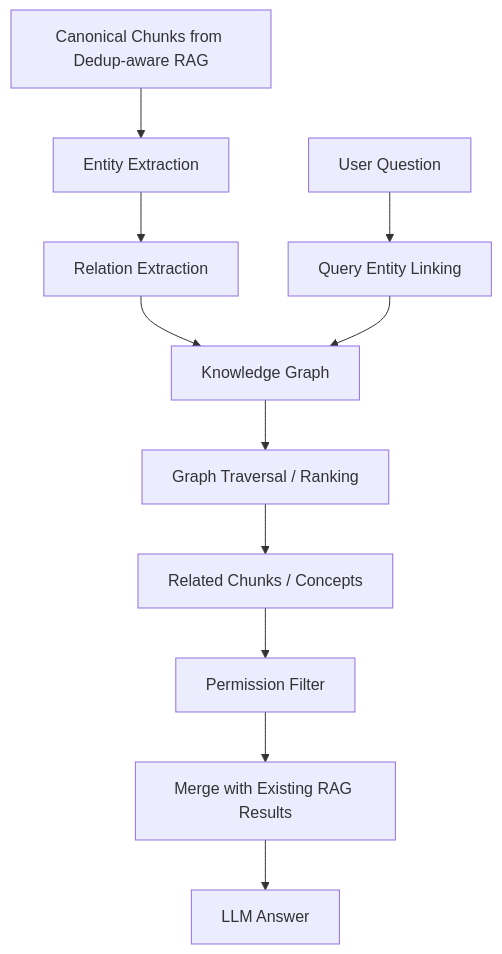
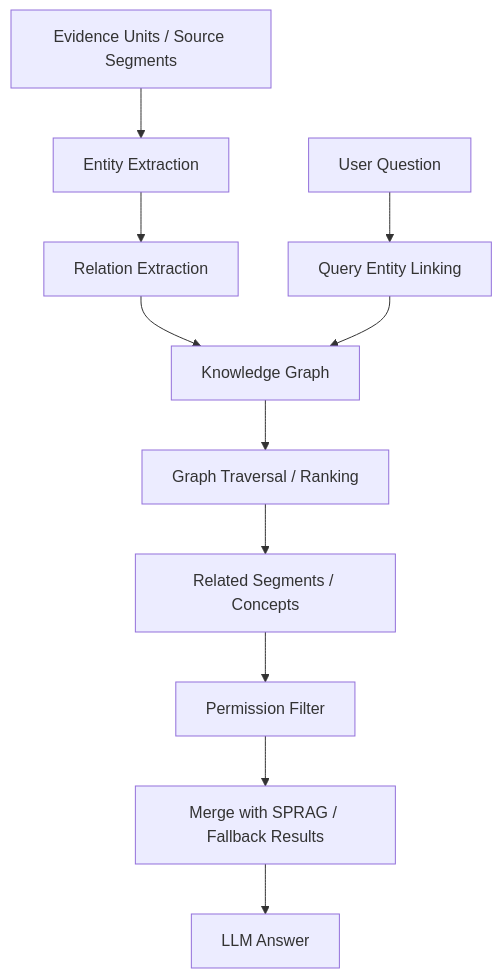
One commit to younlea/2026_architect_9B_team changed the third of 4 diagrams in doc/04_DP3_Knowledge_Access_Strategy.md. Above: the diagram before and after it, drawn with Mermaid. The commit also changed other lines of this file and 5 other files, not shown here.

````diff
--- a/doc/04_DP3_Knowledge_Access_Strategy.md
+++ b/doc/04_DP3_Knowledge_Access_Strategy.md
@@ -137,15 +148,15 @@
 ```mermaid
 flowchart TD
-    C[Canonical Chunks from Dedup-aware RAG] --> E[Entity Extraction]
+    C[Evidence Units / Source Segments] --> E[Entity Extraction]
     E --> R[Relation Extraction]
     R --> G[Knowledge Graph]
 
     Q[User Question] --> QE[Query Entity Linking]
     QE --> G
 
     G --> T[Graph Traversal / Ranking]
-    T --> P[Related Chunks / Concepts]
+    T --> P[Related Segments / Concepts]
     P --> PF[Permission Filter]
-    PF --> M[Merge with Existing RAG Results]
+    PF --> M[Merge with SPRAG / Fallback Results]
     M --> L[LLM Answer]
 ```
````
